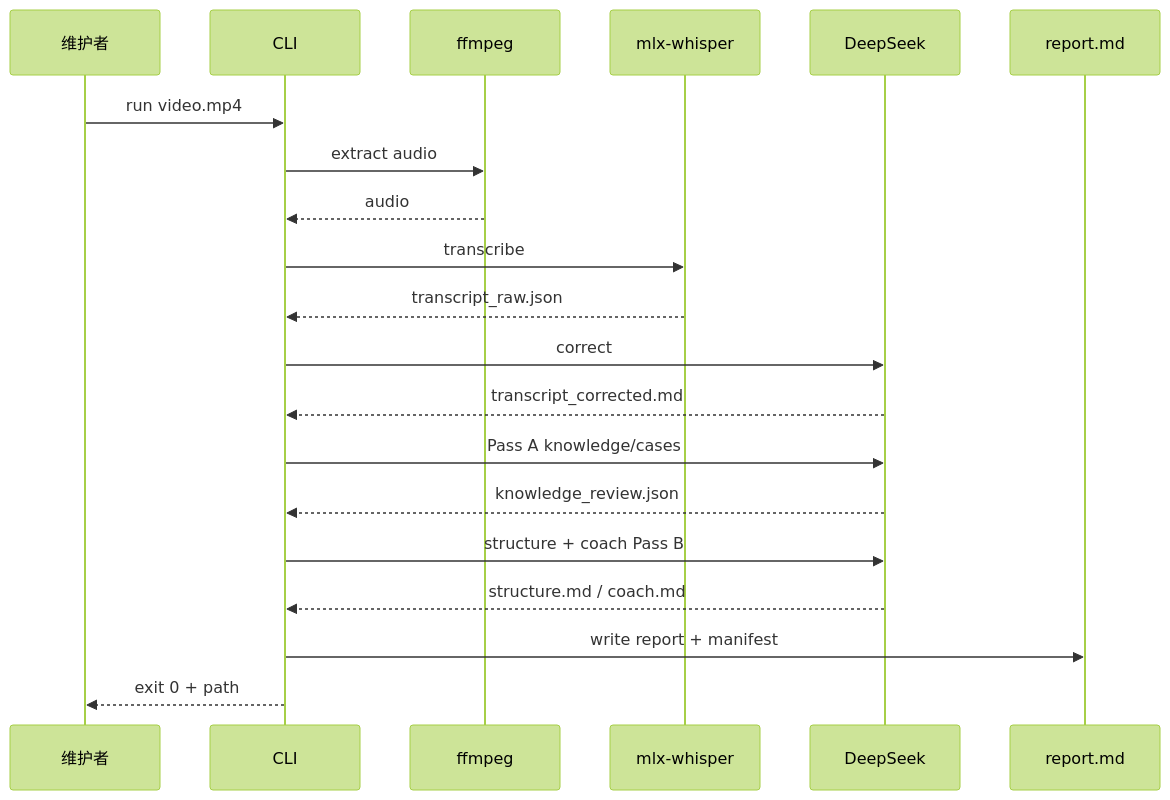
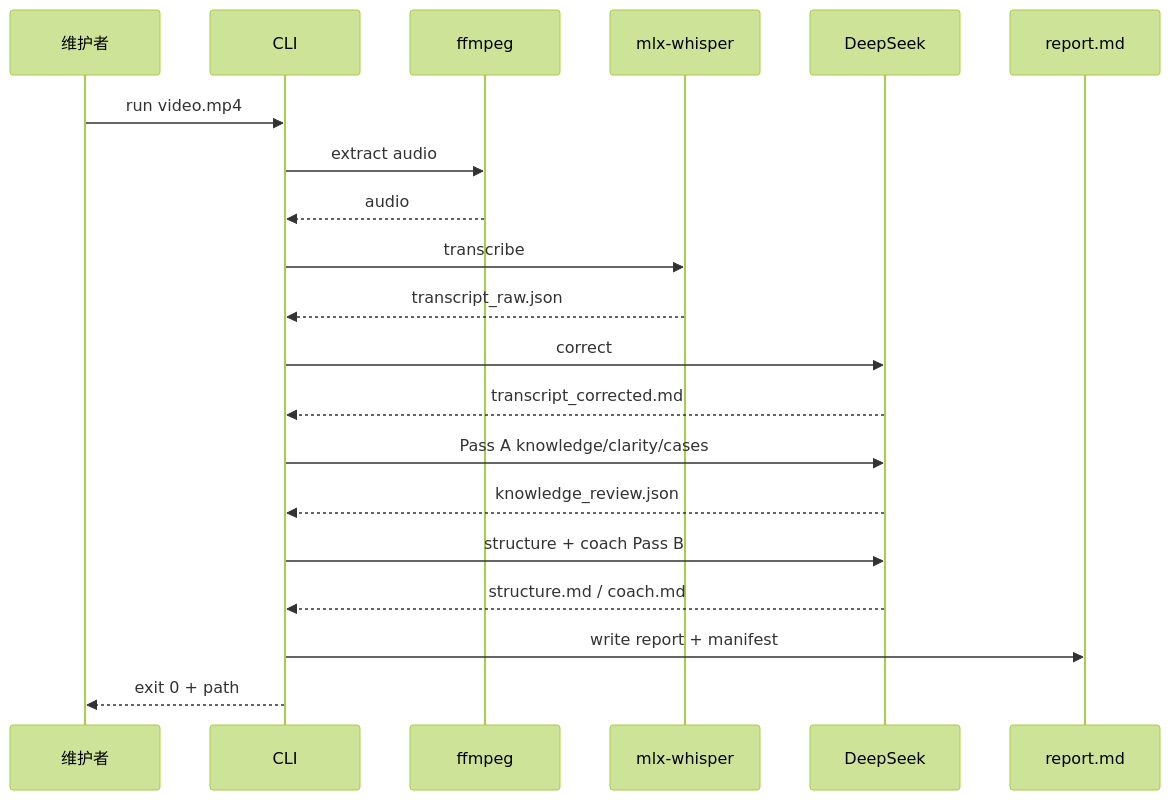
One commit to IdEvEbI/lesson-review-ai changed the second of 2 diagrams in docs/02-architecture/001_system-overview_系统概览.md. Above: the diagram before and after it, drawn with Mermaid (forest theme). The commit also changed other lines of this file and 6 other files, not shown here.

````diff
--- a/docs/02-architecture/001_system-overview_系统概览.md
+++ b/docs/02-architecture/001_system-overview_系统概览.md
@@ -54,23 +54,23 @@
 ```mermaid
 sequenceDiagram
   participant U as 维护者
   participant C as CLI
   participant F as ffmpeg
   participant W as mlx-whisper
   participant L as DeepSeek
   participant R as report.md
 
   U->>C: run video.mp4
   C->>F: extract audio
   F-->>C: audio
   C->>W: transcribe
   W-->>C: transcript_raw.json
   C->>L: correct
   L-->>C: transcript_corrected.md
-  C->>L: Pass A knowledge/cases
+  C->>L: Pass A knowledge/clarity/cases
   L-->>C: knowledge_review.json
   C->>L: structure + coach Pass B
   L-->>C: structure.md / coach.md
   C->>R: write report + manifest
   C-->>U: exit 0 + path
 ```
````
